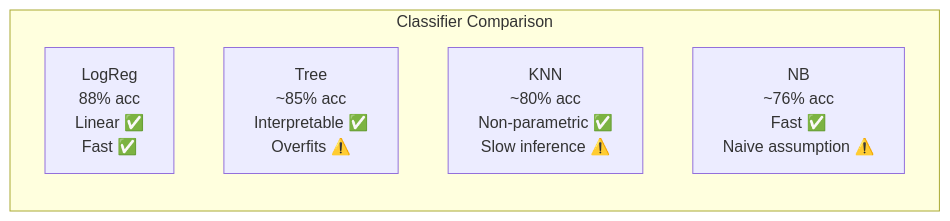
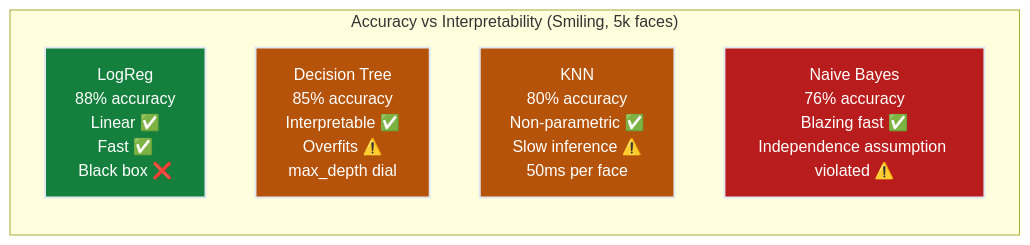
Before and after one commit to deepakshamsft/ai-portfolio: the third of 5 diagrams in notes/ML/02_classification/ch02_classical_classifiers/README.md, drawn with Mermaid. The commit also changed other lines of this file and 41 other files, not shown here.

````diff
--- a/notes/ML/02_classification/ch02_classical_classifiers/README.md
+++ b/notes/ML/02_classification/ch02_classical_classifiers/README.md
@@ -138,9 +270,14 @@
 ```mermaid
 graph LR
-    subgraph "Classifier Comparison"
-        A["LogReg<br/>88% acc<br/>Linear ✅<br/>Fast ✅"] 
-        B["Tree<br/>~85% acc<br/>Interpretable ✅<br/>Overfits ⚠️"]
-        C["KNN<br/>~80% acc<br/>Non-parametric ✅<br/>Slow inference ⚠️"]
-        D["NB<br/>~76% acc<br/>Fast ✅<br/>Naive assumption ⚠️"]
+    subgraph "Accuracy vs Interpretability (Smiling, 5k faces)"
+        A["LogReg<br/>88% accuracy<br/>Linear ✅<br/>Fast ✅<br/>Black box ❌"] 
+        B["Decision Tree<br/>85% accuracy<br/>Interpretable ✅<br/>Overfits ⚠️<br/>max_depth dial"]
+        C["KNN<br/>80% accuracy<br/>Non-parametric ✅<br/>Slow inference ⚠️<br/>50ms per face"]
+        D["Naive Bayes<br/>76% accuracy<br/>Blazing fast ✅<br/>Independence assumption violated ⚠️"]
     end
+    
+    style A fill:#15803d,stroke:#e2e8f0,stroke-width:2px,color:#ffffff
+    style B fill:#b45309,stroke:#e2e8f0,stroke-width:2px,color:#ffffff
+    style C fill:#b45309,stroke:#e2e8f0,stroke-width:2px,color:#ffffff
+    style D fill:#b91c1c,stroke:#e2e8f0,stroke-width:2px,color:#ffffff
 ```
````
